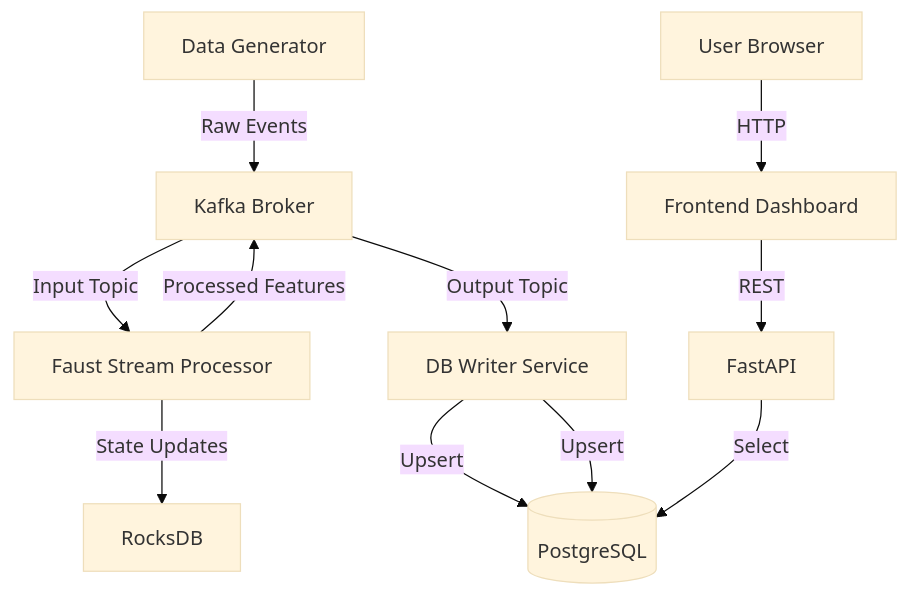
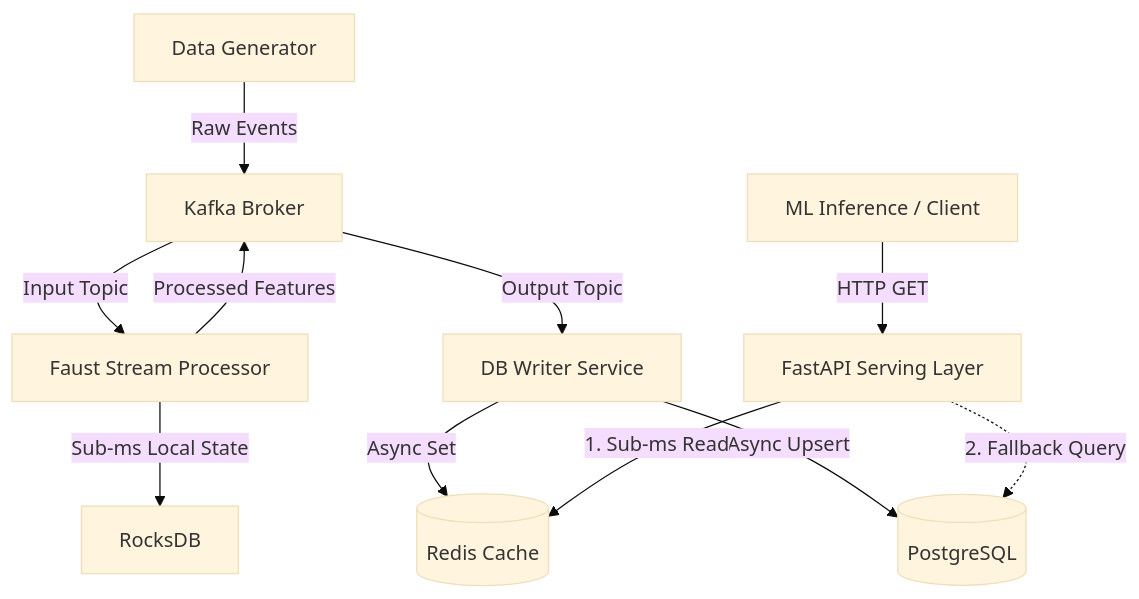
Before and after one commit to PRAVEENM282/realtime-feature-store: the diagram in README.md, drawn with Mermaid (base theme). The commit also changed other lines of this file and 6 other files, not shown here.

First line of the commit message:
Add Redis integration for caching in FastAPI and DB writer services

````diff
--- a/README.md
+++ b/README.md
@@ -11,13 +11,18 @@
 ```mermaid
 graph TD
     data_gen[Data Generator] -->|Raw Events| kafka[Kafka Broker]
     kafka -->|Input Topic| faust[Faust Stream Processor]
-    faust -->|State Updates| rocks[RocksDB]
+    faust -->|Sub-ms Local State| rocks[RocksDB]
     faust -->|Processed Features| kafka
     kafka -->|Output Topic| db_writer[DB Writer Service]
-    db_writer -->|Upsert| postgres[(PostgreSQL)]
-    db_writer -->|Upsert| postgres[(PostgreSQL)]
-    api[FastAPI] -->|Select| postgres
-    user[User Browser] -->|HTTP| frontend[Frontend Dashboard]
-    frontend -->|REST| api
+    
+    %% Asynchronous Data Synchronization
+    db_writer -->|Async Set| redis[(Redis Cache)]
+    db_writer -->|Async Upsert| postgres[(PostgreSQL)]
+    
+    %% Cache-Aside Read Pattern
+    api[FastAPI Serving Layer] -->|1. Sub-ms Read| redis
+    api -.->|2. Fallback Query| postgres
+    
+    user[ML Inference / Client] -->|HTTP GET| api
 ```
````
